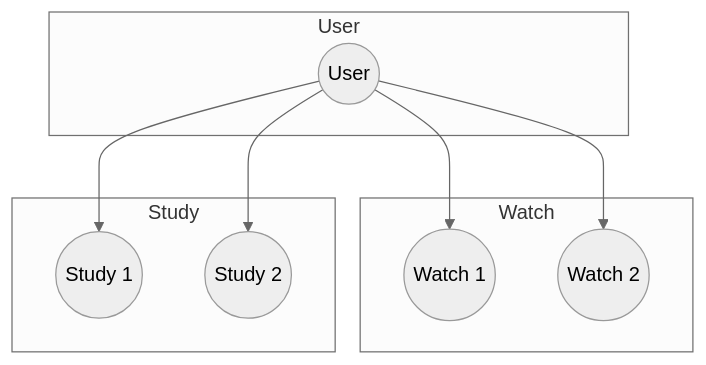
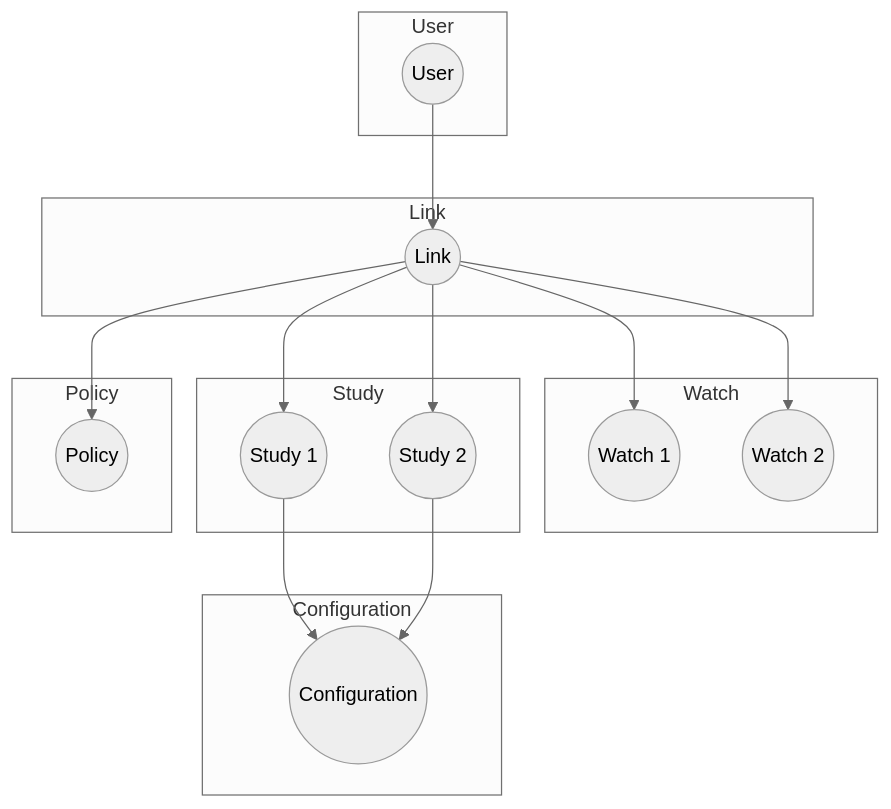
One commit to khnshn/Experiencer changed the diagram in DEVDOCS.md. Above: the diagram before and after it, drawn with Mermaid (neutral theme). The commit also changed other lines of this file, not shown here.

````diff
--- a/DEVDOCS.md
+++ b/DEVDOCS.md
@@ -37,21 +49,37 @@
 ```mermaid
 graph TD
   subgraph User
     user((User))
   end
 
   subgraph Watch
     watch1((Watch 1))
     watch2((Watch 2))
   end
 
   subgraph Study
     study1((Study 1))
     study2((Study 2))
   end
 
-  user --> watch1
-  user --> watch2
-  user --> study1
-  user --> study2
+  subgraph Link
+    link((Link))
+  end
+
+  subgraph Configuration
+    configuration((Configuration))
+  end
+
+  subgraph Policy
+    policy((Policy))
+  end
+
+  user --> link
+  link --> watch1
+  link --> watch2
+  link --> study1
+  link --> study2
+  study1 --> configuration
+  study2 --> configuration
+  link --> policy
 ```
````
